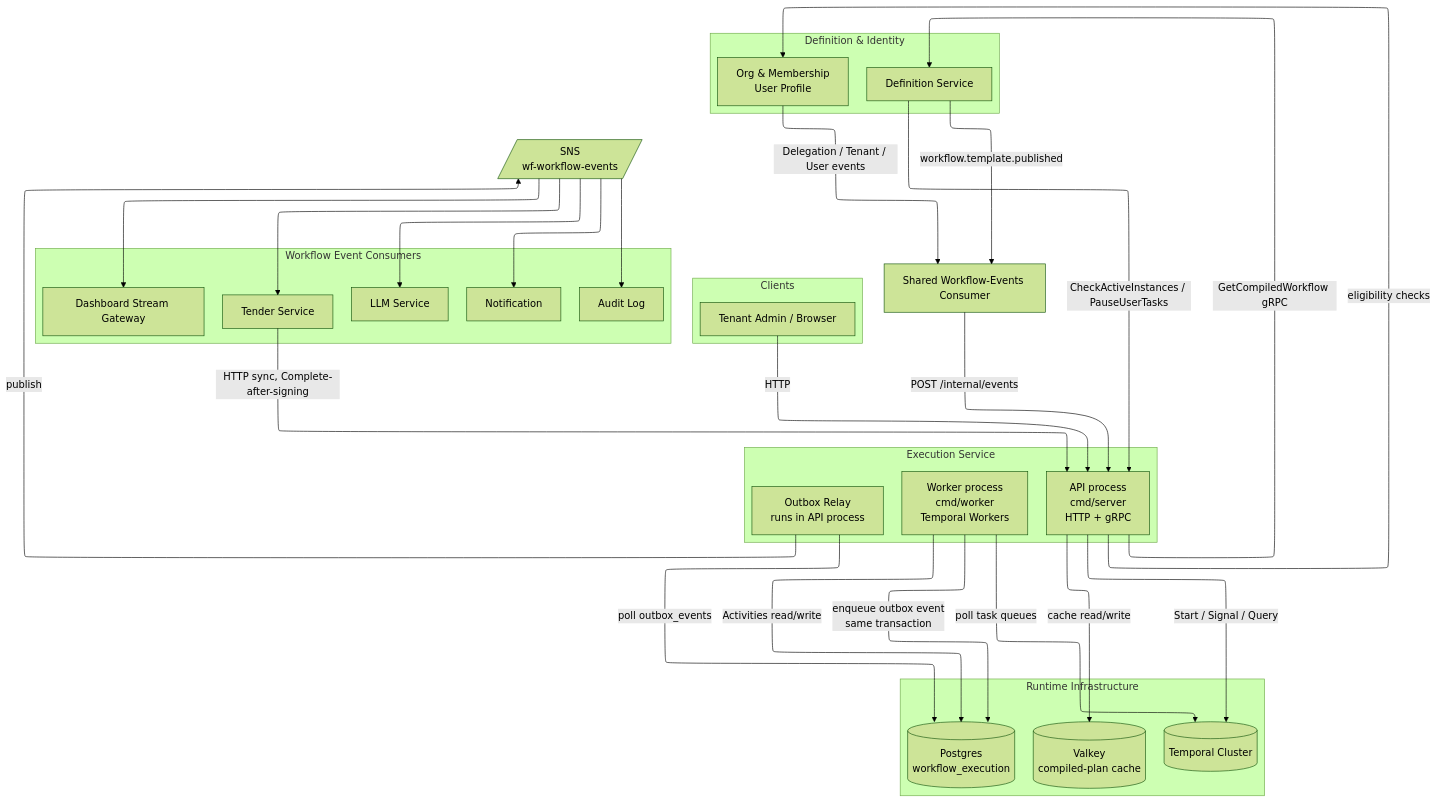
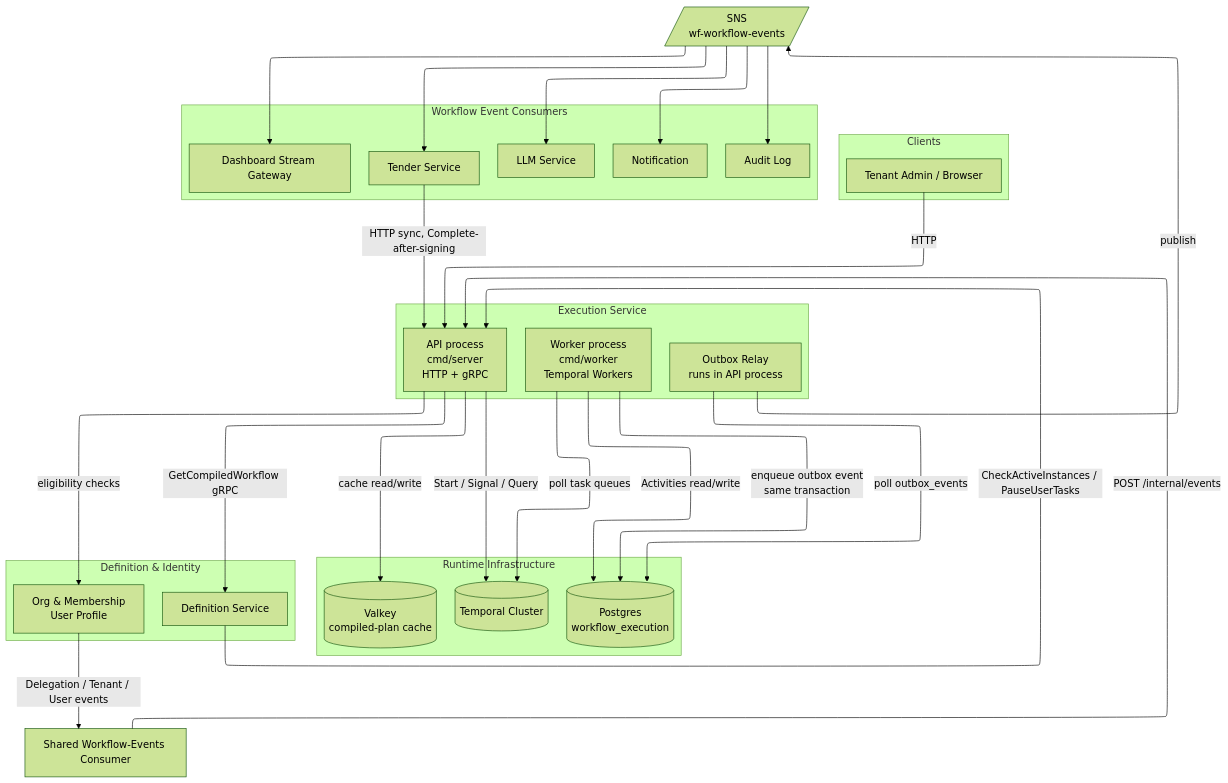
The first of 4 diagrams in docs/lld/execution_service.md (BCBP-SOLUTIONS-FZC-LLC/workflow-execution-service), drawn with Mermaid (forest theme) before and after one commit. The commit also changed other lines of this file, not shown here.

````diff
--- a/docs/lld/execution_service.md
+++ b/docs/lld/execution_service.md
@@ -86,52 +84,51 @@
 ```mermaid
 ---
 config:
   layout: elk
 ---
 flowchart TB
  subgraph Clients["Clients"]
     direction TB
         Admin["Tenant Admin / Browser"]
   end
  subgraph Execution["Execution Service"]
     direction TB
         API["API process<br>cmd/server<br>HTTP + gRPC"]
         Worker["Worker process<br>cmd/worker<br>Temporal Workers"]
         Outbox["Outbox Relay<br>runs in API process"]
   end
  subgraph Runtime["Runtime Infrastructure"]
     direction TB
         Valkey[("Valkey<br>compiled-plan cache")]
         PG[("Postgres<br>workflow_execution")]
         Temporal[("Temporal Cluster")]
   end
  subgraph Dependencies["Definition & Identity"]
     direction TB
         Def["Definition Service"]
         IAM["Org &amp; Membership<br>User Profile"]
   end
  subgraph Consumers["Workflow Event Consumers"]
     direction TB
         Dash["Dashboard Stream Gateway"]
         Tender["Tender Service"]
         LLM["LLM Service"]
         Notif["Notification"]
         Audit["Audit Log"]
   end
     Worker -- poll task queues --> Temporal
     Admin -- HTTP --> API
     Tender -- HTTP sync, Complete-after-signing --> API
     API -- Start / Signal / Query --> Temporal
     API -- cache read/write --> Valkey
     Worker -- Activities read/write --> PG
     Worker -- enqueue outbox event<br>same transaction --> PG
     API -- GetCompiledWorkflow gRPC --> Def
     API -- eligibility checks --> IAM
     Def -- CheckActiveInstances / PauseUserTasks --> API
     IAM -- Delegation / Tenant / User events --> Consumer["Shared Workflow-Events Consumer"]
-    Def -- "workflow.template.published" --> Consumer
     Consumer -- POST /internal/events --> API
     Outbox -- poll outbox_events --> PG
     Outbox -- publish --> SNS[/"SNS<br>wf-workflow-events"/]
     SNS --> Dash & Tender & LLM & Notif & Audit
   ```
````
